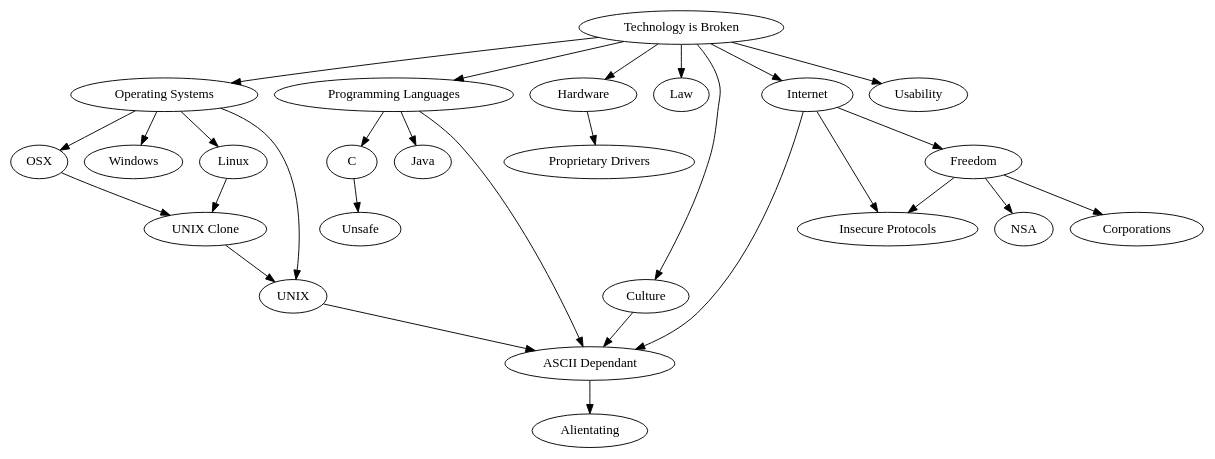
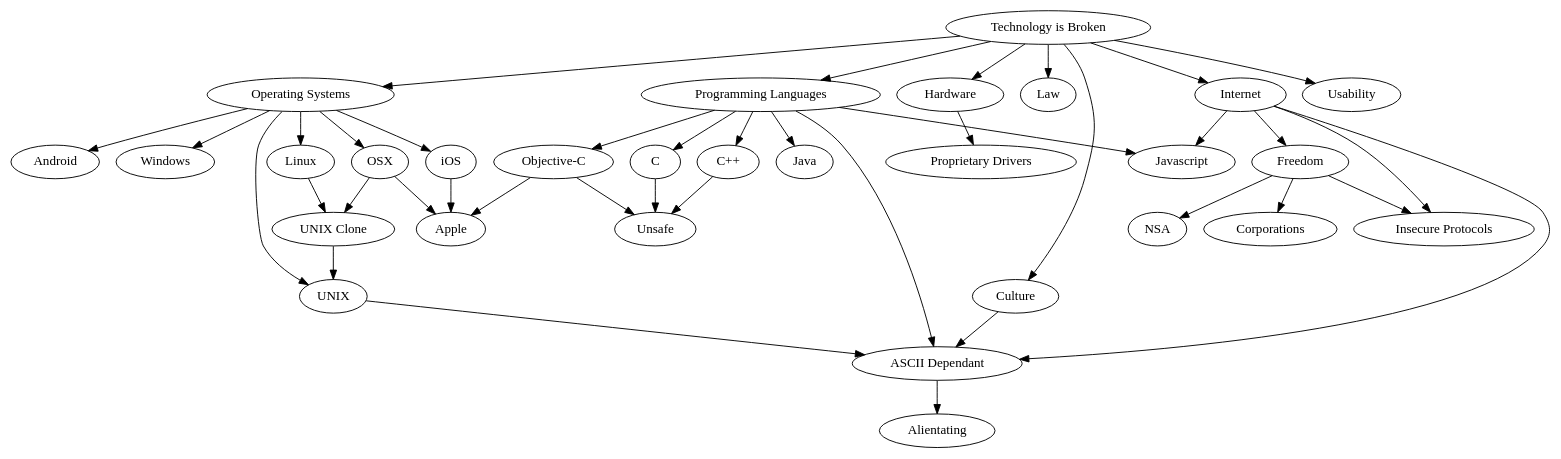
One commit to nasser/techbroke changed the diagram in everything.dot. Above: the diagram before and after it, drawn with Graphviz.

Commit message:
Add notes for programming languages, OSes and Apple
I think I am doing this right.

```diff
--- a/everything.dot
+++ b/everything.dot
@@ -1,38 +1,50 @@
 digraph {
   "Technology is Broken" -> "Operating Systems"
   "Technology is Broken" -> "Programming Languages"
   "Technology is Broken" -> "Hardware"
   "Technology is Broken" -> "Law"
   "Technology is Broken" -> "Culture"
   "Technology is Broken" -> "Internet"
   "Technology is Broken" -> "Usability"
 
   "Hardware" -> "Proprietary Drivers"
 
   "Programming Languages" -> "C"
   "Programming Languages" -> "Java"
+  "Programming Languages" -> "Objective-C"
+  "Programming Languages" -> "C++"
+  "Programming Languages" -> "Javascript"
   "Programming Languages" -> "ASCII Dependant"
 
   "C" -> "Unsafe"
+  "Objective-C" -> "Unsafe"
+  "C++" -> "Unsafe"
   "Unsafe" [URL="https://homes.cs.washington.edu/~djg/papers/grossman_thesis.pdf"]
 
   "Operating Systems" -> "OSX"
+  "Operating Systems" -> "iOS"
+  "Operating Systems" -> "Android"
   "Operating Systems" -> "Windows"
   "Operating Systems" -> "Linux"
   "Operating Systems" -> "UNIX"
+  
+  "Objective-C" -> "Apple"
+  "OSX" -> "Apple"
+  "iOS" -> "Apple"
 
   "OSX" -> "UNIX Clone"
   "Linux" -> "UNIX Clone"
   "UNIX Clone" -> "UNIX"
 
   "UNIX" -> "ASCII Dependant"
 
   "Culture" -> "ASCII Dependant"
   "ASCII Dependant" -> "Alientating"
 
   "Internet" -> "Insecure Protocols"
   "Internet" -> "ASCII Dependant"
   "Internet" -> "Freedom" -> "Insecure Protocols"
+  "Internet" -> "Javascript"
   "Freedom" -> "NSA"
   "Freedom" -> "Corporations"
 }
```
